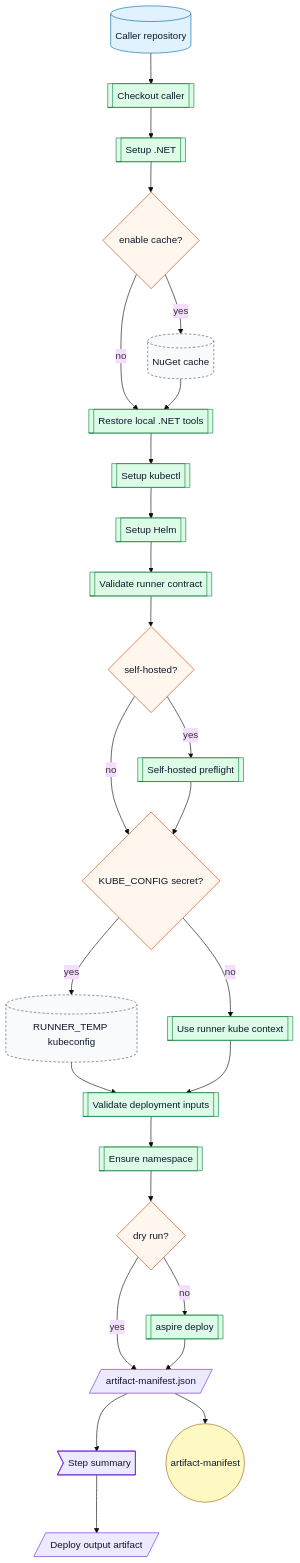
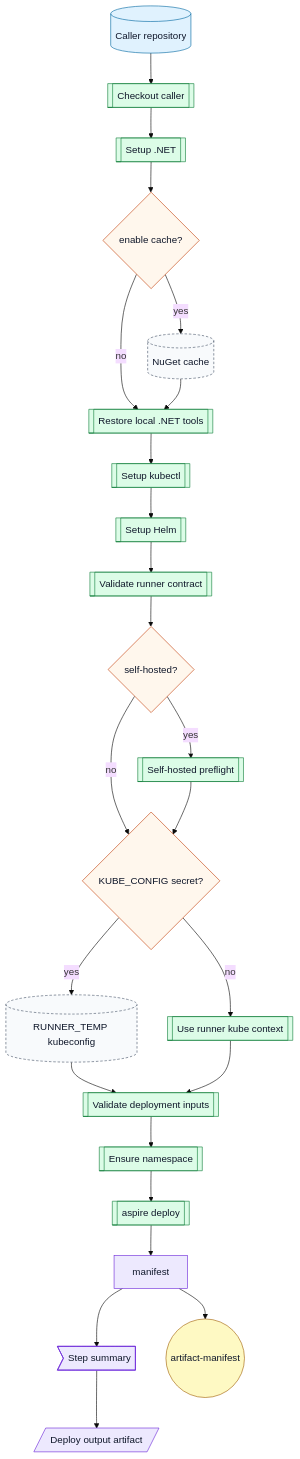
Before and after one commit to ArkanisCorporation/ci: diagram 14 of 15 in docs/workflow-catalog.md, drawn with Mermaid (base theme). The commit also changed other lines of this file and 19 other files, not shown here.

````diff
--- a/docs/workflow-catalog.md
+++ b/docs/workflow-catalog.md
@@ -1021,40 +1396,38 @@
 ```mermaid
 flowchart TD
   caller[("Caller repository")] --> checkout[[Checkout caller]]
   checkout --> dotnet[[Setup .NET]]
   dotnet --> cache{enable cache?}
   cache -->|yes| nugetCache[("NuGet cache")]
   cache -->|no| tools[[Restore local .NET tools]]
   nugetCache --> tools
   tools --> kubectl[[Setup kubectl]]
   kubectl --> helm[[Setup Helm]]
   helm --> validate[[Validate runner contract]]
   validate --> preflight{self-hosted?}
   preflight -->|yes| sh[[Self-hosted preflight]]
   preflight -->|no| kube{KUBE_CONFIG secret?}
   sh --> kube
   kube -->|yes| tempKube[("RUNNER_TEMP kubeconfig")]
   kube -->|no| context[[Use runner kube context]]
   tempKube --> inputs[[Validate deployment inputs]]
   context --> inputs
   inputs --> namespace[[Ensure namespace]]
-  namespace --> dry{dry run?}
-  dry -->|yes| manifest[/artifact-manifest.json/]
-  dry -->|no| aspire[[aspire deploy]]
+  namespace --> aspire[[aspire deploy]]
   aspire --> manifest
   manifest --> summary>Step summary]
   summary --> deployArtifact[/Deploy output artifact/]
   manifest --> outputs(("artifact-manifest"))
   classDef repo fill:#e0f2fe,stroke:#0369a1,color:#0f172a
   classDef action fill:#dcfce7,stroke:#15803d,color:#0f172a
   classDef decision fill:#fff7ed,stroke:#c2410c,color:#0f172a
   classDef artifact fill:#ede9fe,stroke:#6d28d9,color:#0f172a
   classDef output fill:#fef9c3,stroke:#a16207,color:#0f172a
   classDef external fill:#f8fafc,stroke:#475569,stroke-dasharray: 4 3,color:#0f172a
   class caller repo
   class checkout,dotnet,tools,kubectl,helm,validate,sh,context,inputs,namespace,aspire action
-  class cache,preflight,kube,dry decision
+  class cache,preflight,kube decision
   class manifest,summary,deployArtifact artifact
   class outputs output
   class nugetCache,tempKube external
 ```
````
